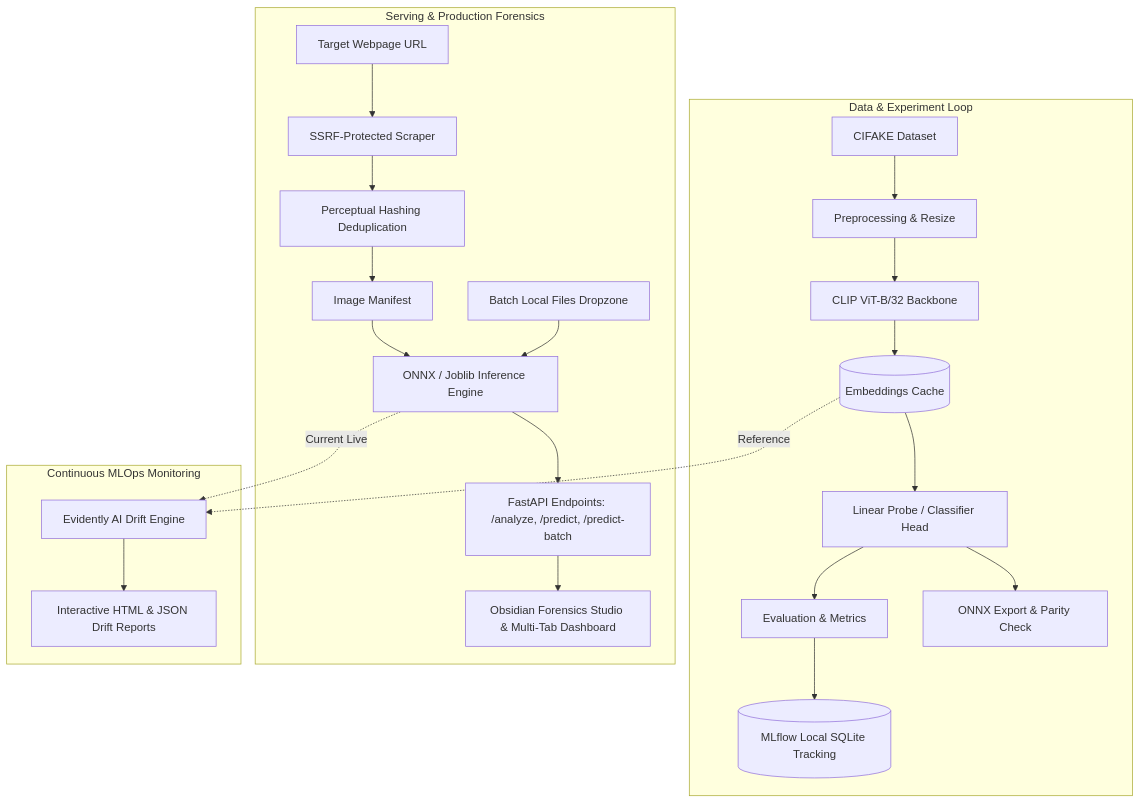
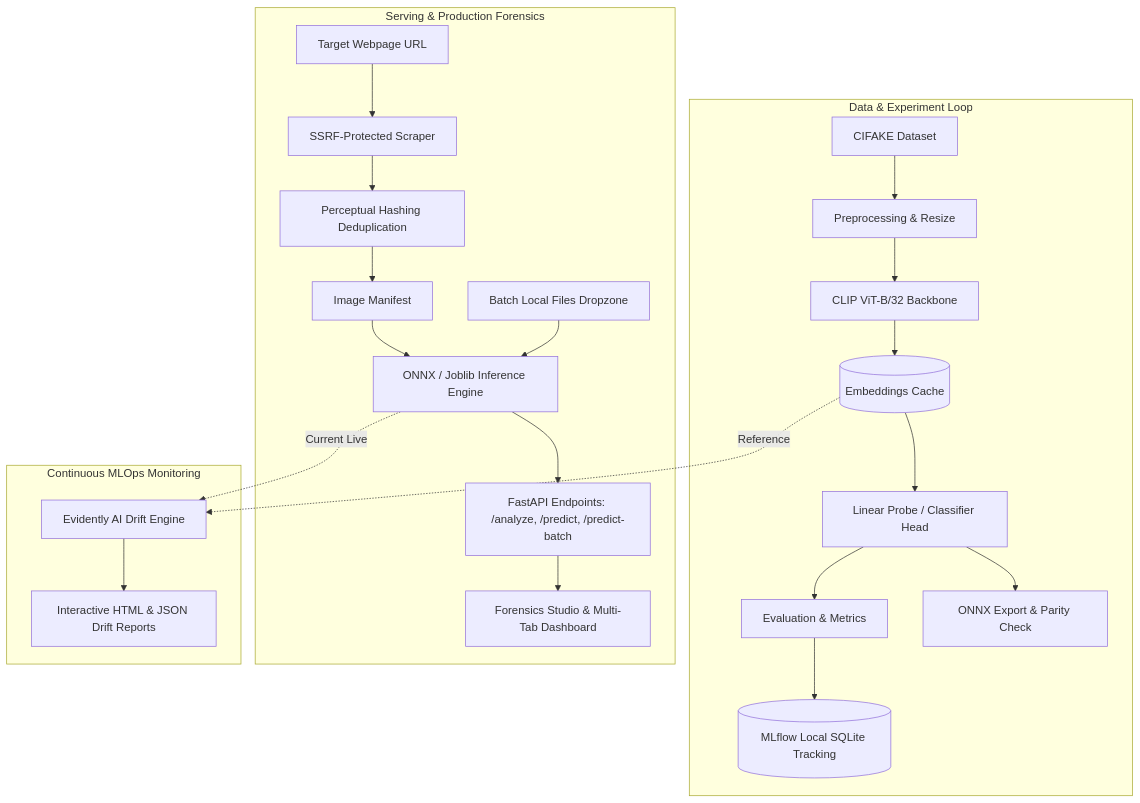
The diagram in README.md (EricSiq/MLops-for-AI-Image-Detection), drawn with Mermaid before and after one commit. The commit also changed other lines of this file and 11 other files, not shown here.

````diff
--- a/README.md
+++ b/README.md
@@ -16,28 +16,28 @@
 ```mermaid
 flowchart TD
     subgraph Data & Training ["Data & Experiment Loop"]
         D[CIFAKE Dataset] --> PRE[Preprocessing & Resize]
         PRE --> CLIP[CLIP ViT-B/32 Backbone]
         CLIP --> CACHE[(Embeddings Cache)]
         CACHE --> HEAD[Linear Probe / Classifier Head]
         HEAD --> EVAL[Evaluation & Metrics]
         EVAL --> MLF[(MLflow Local SQLite Tracking)]
         HEAD --> ONNX[ONNX Export & Parity Check]
     end
 
     subgraph Ingestion & Serving ["Serving & Production Forensics"]
         WEB[Target Webpage URL] --> SCRAPE[SSRF-Protected Scraper]
         SCRAPE --> DEDUP[Perceptual Hashing Deduplication]
         DEDUP --> MANIFEST[Image Manifest]
         MANIFEST --> PRED[ONNX / Joblib Inference Engine]
         DROP[Batch Local Files Dropzone] --> PRED
         PRED --> API[FastAPI Endpoints: /analyze, /predict, /predict-batch]
-        API --> UI[Obsidian Forensics Studio & Multi-Tab Dashboard]
+        API --> UI[Forensics Studio & Multi-Tab Dashboard]
     end
 
     subgraph Monitoring ["Continuous MLOps Monitoring"]
         CACHE -. Reference .-> MON[Evidently AI Drift Engine]
         PRED -. Current Live .-> MON
         MON --> REPORT[Interactive HTML & JSON Drift Reports]
     end
 ```
````
